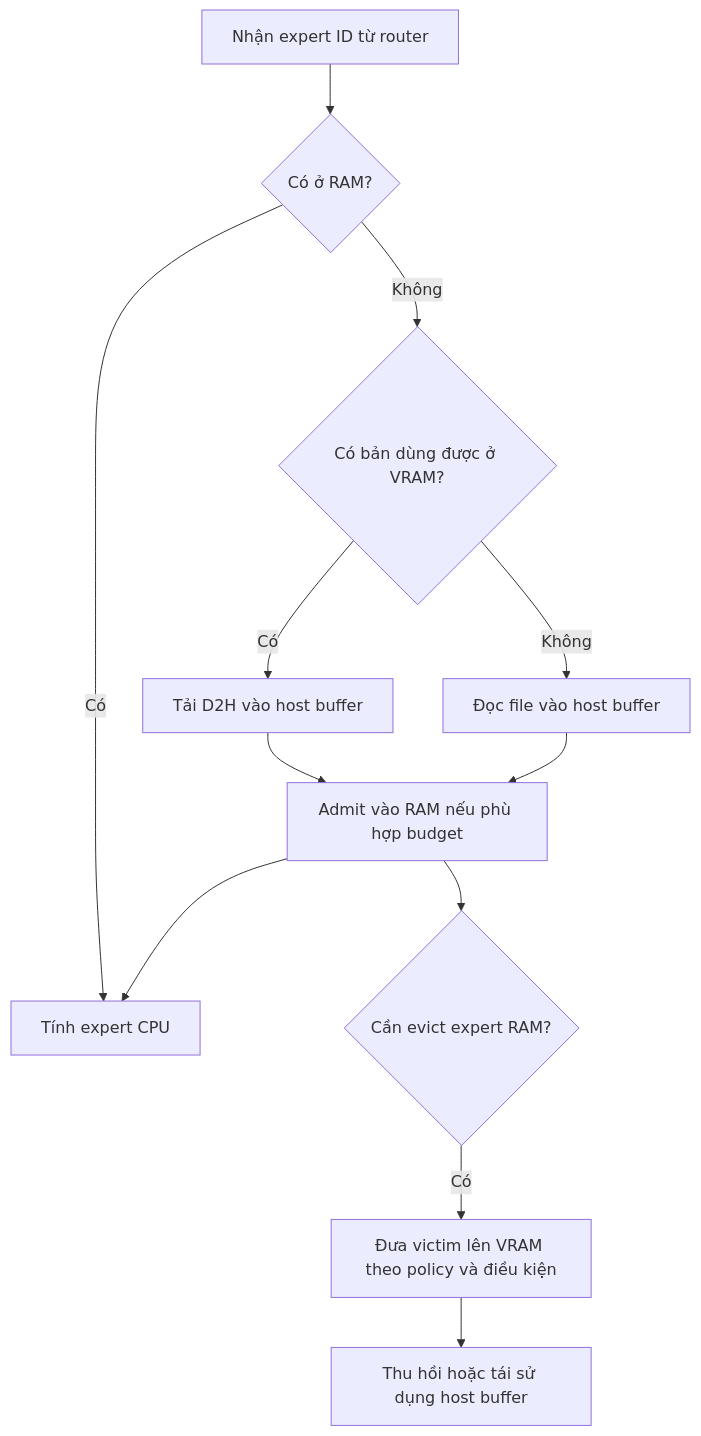
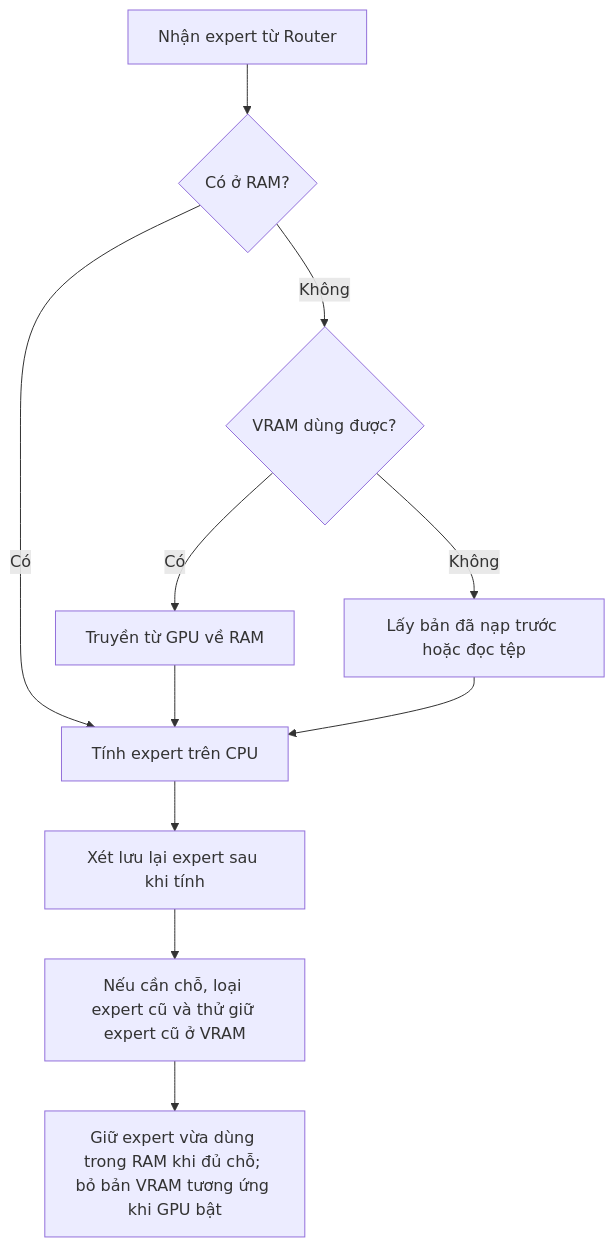
One commit to juanhuy/DoanTotNghiepMOE changed the third of 4 diagrams in baocao/BAO_CAO_DINH_KY_LAN_1.md. Above: the diagram before and after it, drawn with Mermaid. The commit also changed other lines of this file and 29 other files, not shown here.

````diff
--- a/baocao/BAO_CAO_DINH_KY_LAN_1.md
+++ b/baocao/BAO_CAO_DINH_KY_LAN_1.md
@@ -454,14 +632,13 @@
 ```mermaid
 flowchart TD
-    A[Nhận expert ID từ router] --> B{Có ở RAM?}
-    B -->|Có| C[Tính expert CPU]
-    B -->|Không| D{Có bản dùng được ở VRAM?}
-    D -->|Có| E[Tải D2H vào host buffer]
-    D -->|Không| F[Đọc file vào host buffer]
-    E --> G[Admit vào RAM nếu phù hợp budget]
-    F --> G
-    G --> C
-    G --> H{Cần evict expert RAM?}
-    H -->|Có| I[Đưa victim lên VRAM theo policy và điều kiện]
-    I --> J[Thu hồi hoặc tái sử dụng host buffer]
+    A[Nhận expert từ Router] --> B{Có ở RAM?}
+    B -->|Có| C[Tính expert trên CPU]
+    B -->|Không| D{VRAM dùng được?}
+    D -->|Có| E[Truyền từ GPU về RAM]
+    D -->|Không| F[Lấy bản đã nạp trước hoặc đọc tệp]
+    E --> C
+    F --> C
+    C --> G[Xét lưu lại expert sau khi tính]
+    G --> H[Nếu cần chỗ, loại expert cũ và thử giữ expert cũ ở VRAM]
+    H --> I[Giữ expert vừa dùng trong RAM khi đủ chỗ; bỏ bản VRAM tương ứng khi GPU bật]
 ```
````
